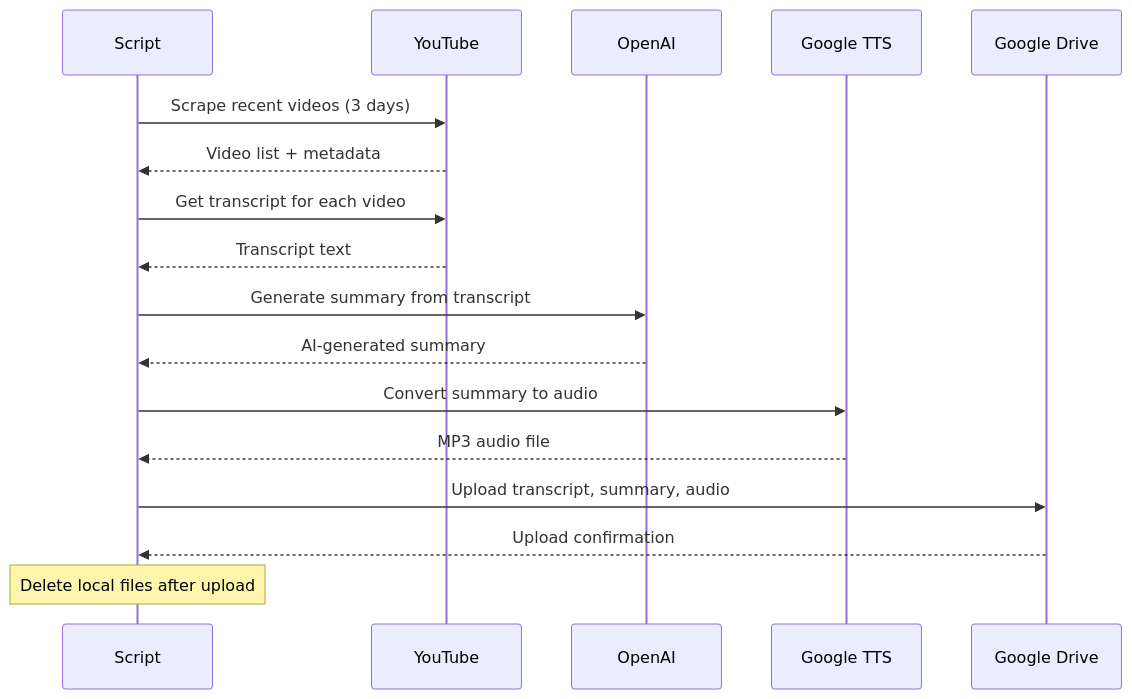
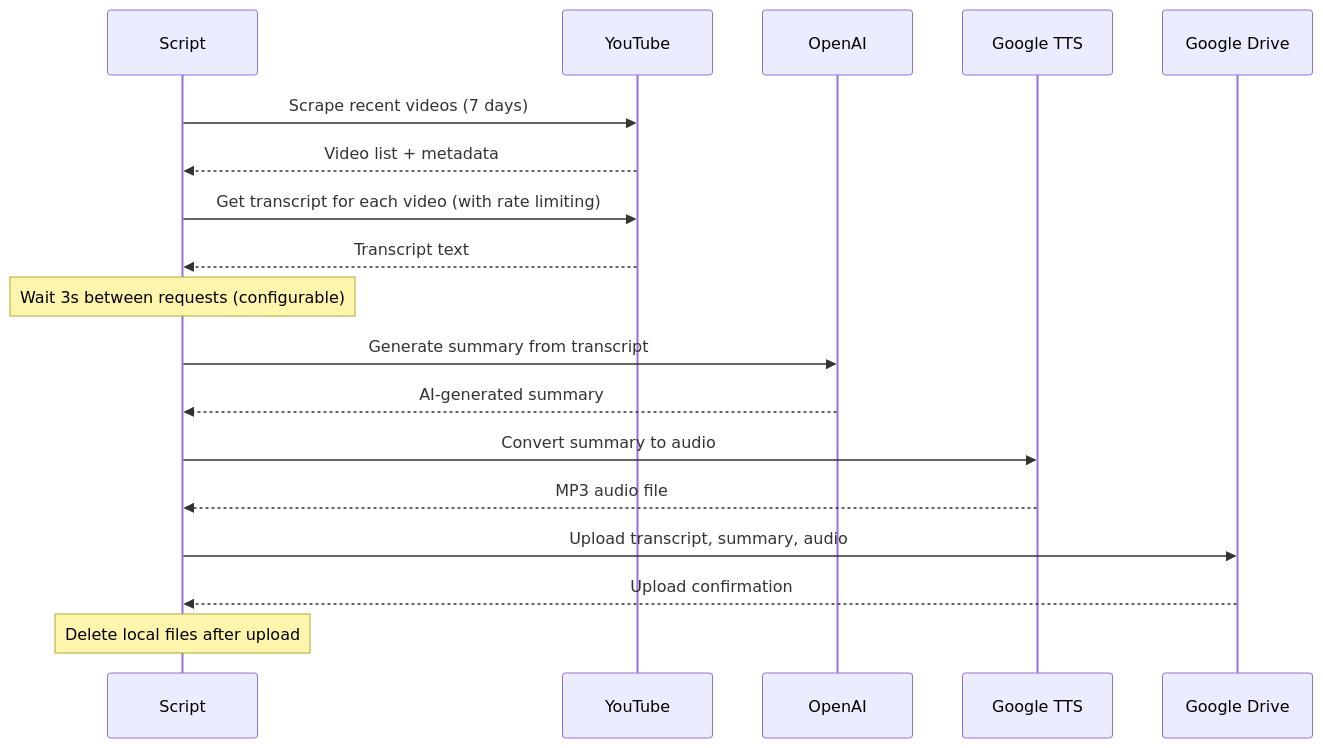
The diagram in README.md (yvh1223/youtube-transcript-processor), drawn with Mermaid before and after one commit. The commit also changed other lines of this file and 14 other files, not shown here.

First line of the commit message:
Refactor to modular architecture with improved documentation

````diff
--- a/README.md
+++ b/README.md
@@ -18,25 +21,27 @@
 ```mermaid
 sequenceDiagram
     participant Script
     participant YouTube
     participant OpenAI
     participant Google TTS
     participant Google Drive
 
-    Script->>YouTube: Scrape recent videos (3 days)
+    Script->>YouTube: Scrape recent videos (7 days)
     YouTube-->>Script: Video list + metadata
-    
-    Script->>YouTube: Get transcript for each video
+
+    Script->>YouTube: Get transcript for each video (with rate limiting)
     YouTube-->>Script: Transcript text
+
+    Note over Script: Wait 3s between requests (configurable)
     
     Script->>OpenAI: Generate summary from transcript
     OpenAI-->>Script: AI-generated summary
     
     Script->>Google TTS: Convert summary to audio
     Google TTS-->>Script: MP3 audio file
     
     Script->>Google Drive: Upload transcript, summary, audio
     Google Drive-->>Script: Upload confirmation
     
     Note over Script: Delete local files after upload
 ```
````
